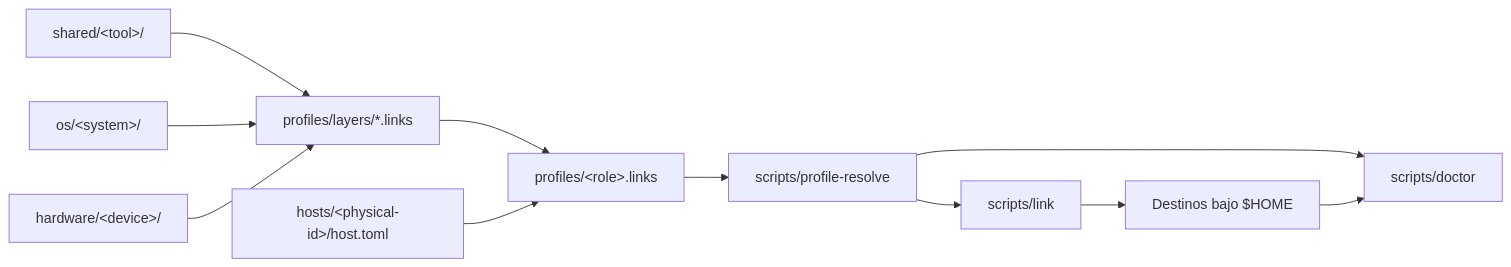
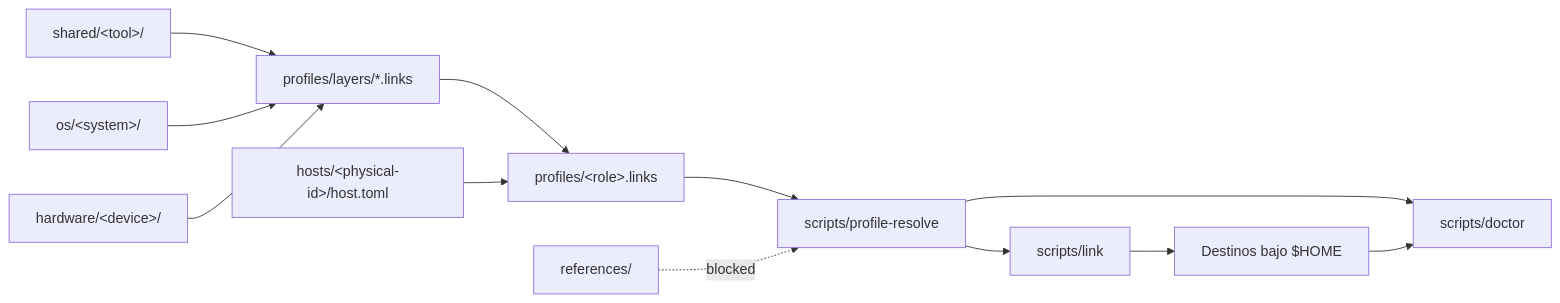
One commit to jdfesa/mydotfiles changed the diagram in docs/ARCHITECTURE.md. Above: the diagram before and after it, drawn with Mermaid. The commit also changed other lines of this file and 21 other files, not shown here.

````diff
--- a/docs/ARCHITECTURE.md
+++ b/docs/ARCHITECTURE.md
@@ -110,15 +118,17 @@
 ```mermaid
 flowchart LR
     Shared["shared/&lt;tool&gt;/"] --> Layer["profiles/layers/*.links"]
     OS["os/&lt;system&gt;/"] --> Layer
     Layer --> Profile["profiles/&lt;role&gt;.links"]
     Host["hosts/&lt;physical-id&gt;/host.toml"] --> Profile
     Hardware["hardware/&lt;device&gt;/"] --> Layer
 
     Profile --> Resolve["scripts/profile-resolve"]
     Resolve --> Link["scripts/link"]
     Link --> Home["Destinos bajo $HOME"]
 
     Resolve --> Doctor["scripts/doctor"]
     Home --> Doctor
+
+    References["references/"] -. blocked .-> Resolve
 ```
````
